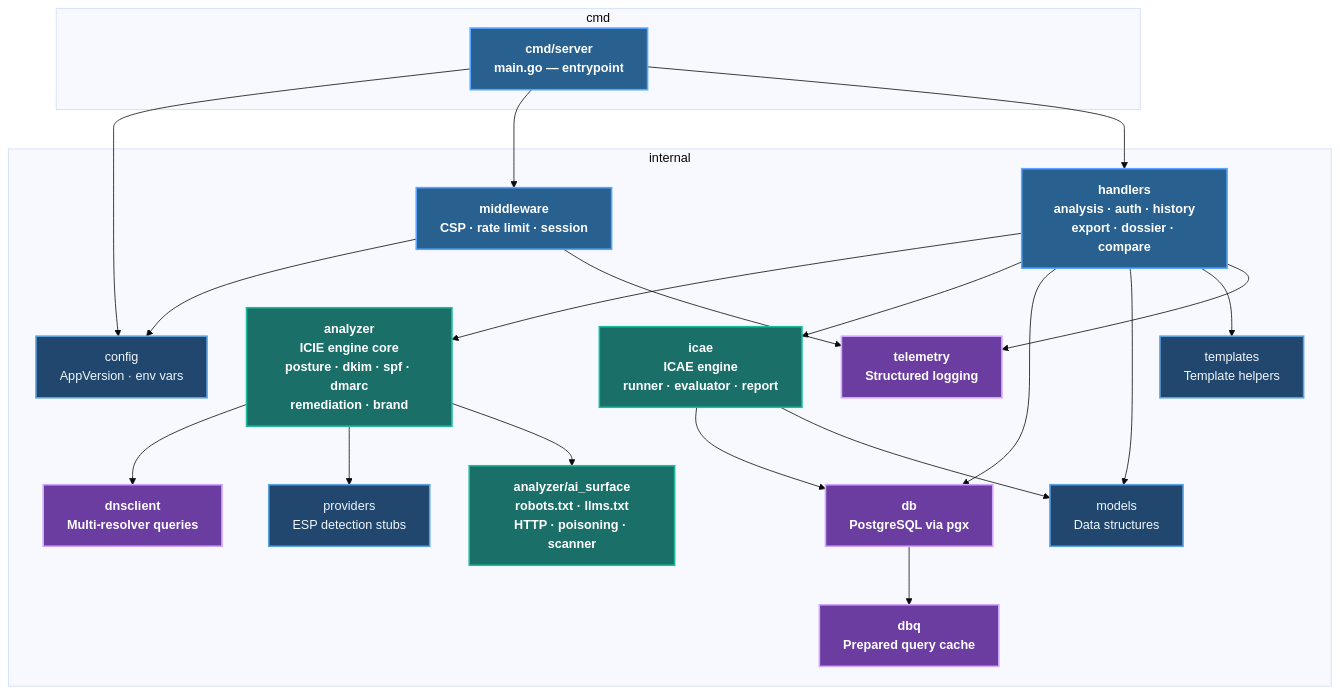
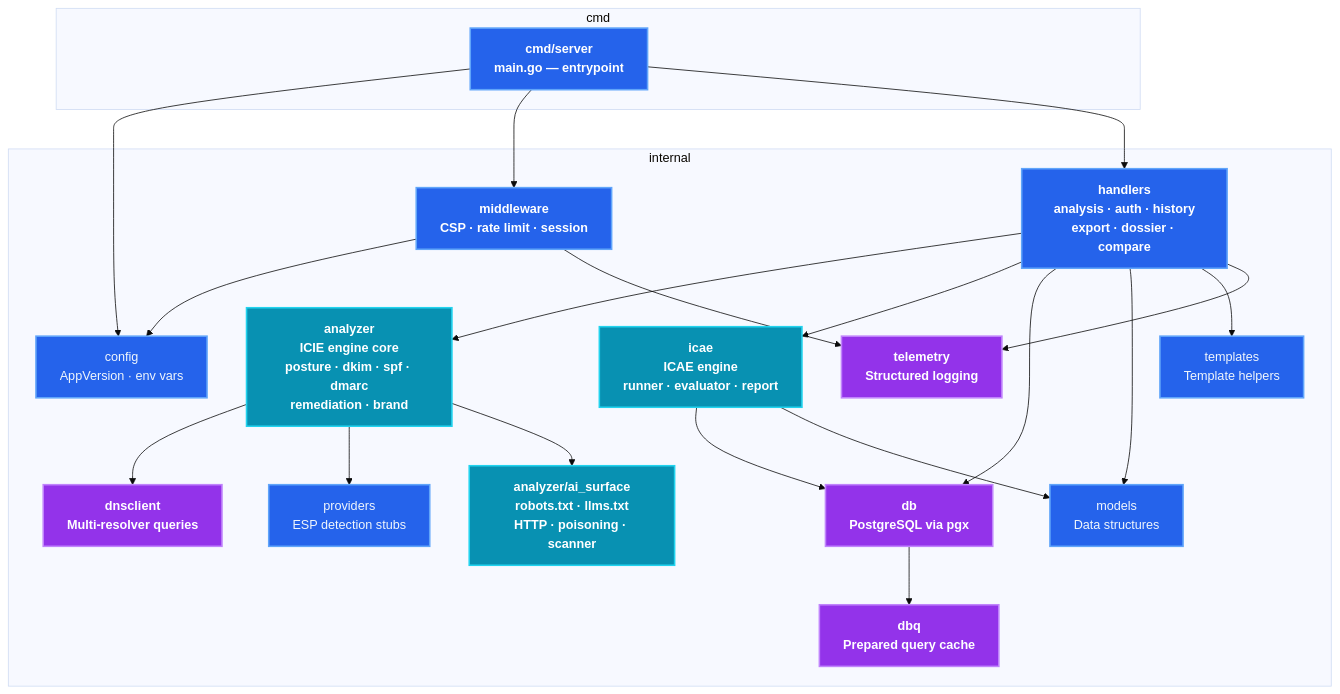
One commit to careyjames/DnsToolWeb changed the seventh of 7 diagrams in docs/architecture/SYSTEM_ARCHITECTURE.md. Above: the diagram before and after it, drawn with Mermaid (base theme). The commit also changed other lines of this file and 1 other file, not shown here.

First line of the commit message:
Improve diagram colors and visibility by adjusting styling and scripts

````diff
--- a/docs/architecture/SYSTEM_ARCHITECTURE.md
+++ b/docs/architecture/SYSTEM_ARCHITECTURE.md
@@ -371,39 +371,39 @@
 ```mermaid
 graph TB
     subgraph "cmd"
         Server["cmd/server<br/>main.go — entrypoint"]
     end
 
     subgraph "internal"
         Config["config<br/>AppVersion · env vars"]
         Middleware["middleware<br/>CSP · rate limit · session"]
         Handlers["handlers<br/>analysis · auth · history<br/>export · dossier · compare"]
         Analyzer["analyzer<br/>ICIE engine core<br/>posture · dkim · spf · dmarc<br/>remediation · brand"]
         AISurface["analyzer/ai_surface<br/>robots.txt · llms.txt<br/>HTTP · poisoning · scanner"]
         ICAE2["icae<br/>ICAE engine<br/>runner · evaluator · report"]
         DNSClient2["dnsclient<br/>Multi-resolver queries"]
         DB2["db<br/>PostgreSQL via pgx"]
         DBQ["dbq<br/>Prepared query cache"]
         Models["models<br/>Data structures"]
         Providers["providers<br/>ESP detection stubs"]
         Telemetry["telemetry<br/>Structured logging"]
         Templates3["templates<br/>Template helpers"]
     end
 
     Server --> Config & Middleware & Handlers
     Handlers --> Analyzer & ICAE2 & DB2 & Models & Templates3
     Analyzer --> DNSClient2 & Providers & AISurface
     ICAE2 --> DB2 & Models
     Handlers --> Telemetry
     DB2 --> DBQ
     Middleware --> Config & Telemetry
 
-    classDef default fill:#22476e,stroke:#5ba3e0,stroke-width:2px,color:#f0f6fc
-    classDef core fill:#28608f,stroke:#58a6ff,stroke-width:2px,color:#fff,font-weight:bold
-    classDef engine fill:#1a7068,stroke:#1abc9c,stroke-width:2px,color:#fff,font-weight:bold
-    classDef infra fill:#6b3da0,stroke:#d2a8ff,stroke-width:2px,color:#fff,font-weight:bold
+    classDef default fill:#2563eb,stroke:#60a5fa,stroke-width:2px,color:#f0f6fc
+    classDef core fill:#2563eb,stroke:#60a5fa,stroke-width:2px,color:#fff,font-weight:bold
+    classDef engine fill:#0891b2,stroke:#22d3ee,stroke-width:2px,color:#fff,font-weight:bold
+    classDef infra fill:#9333ea,stroke:#c084fc,stroke-width:2px,color:#fff,font-weight:bold
     class Analyzer,AISurface,ICAE2 engine
     class Server,Handlers,Middleware core
     class DB2,DBQ,DNSClient2,Telemetry infra
     class Config,Models,Providers,Templates3 default
 ```
````
